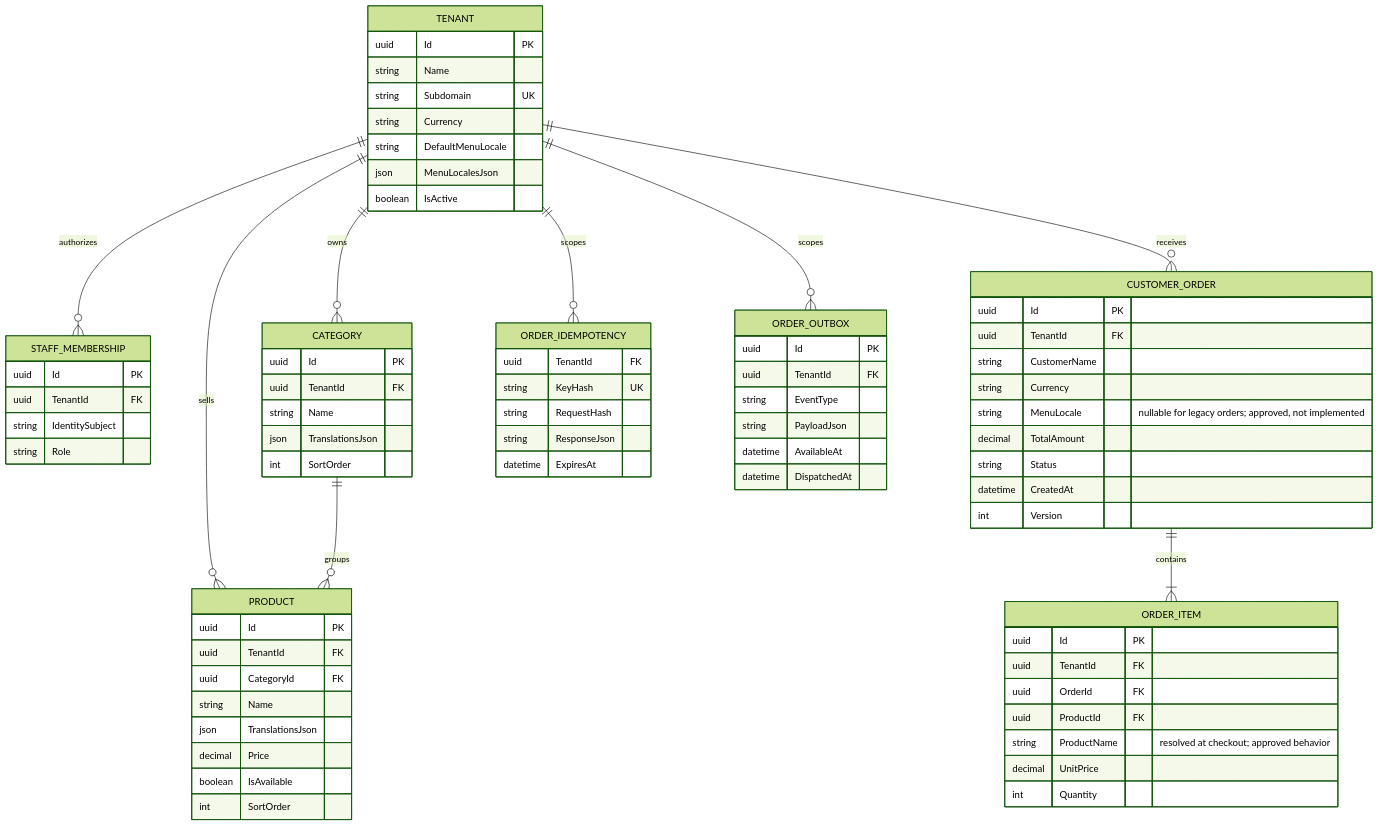
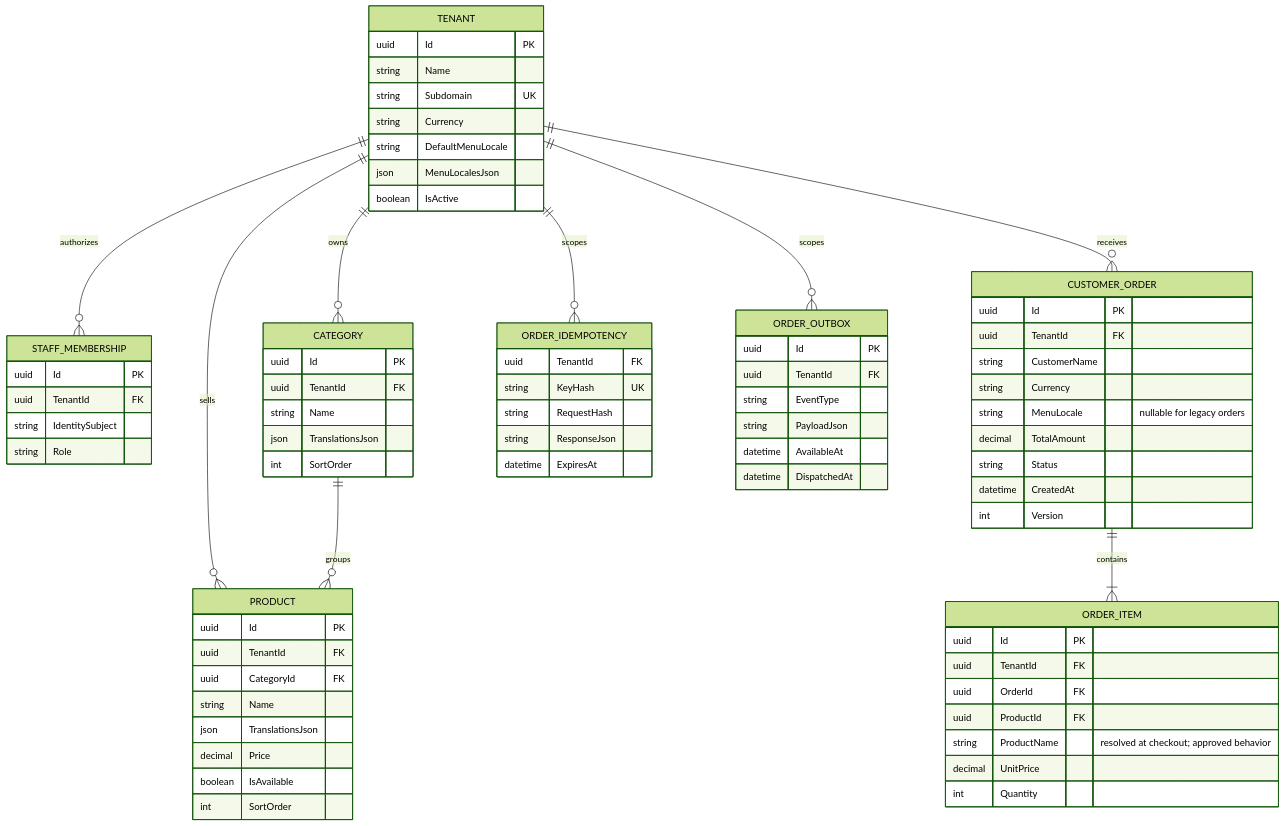
One commit to whritou/WhitePlate changed the diagram in docs/database/database-schema.md. Above: the diagram before and after it, drawn with Mermaid (forest theme). The commit also changed other lines of this file and 34 other files, not shown here.

````diff
--- a/docs/database/database-schema.md
+++ b/docs/database/database-schema.md
@@ -38,79 +38,79 @@
 ```mermaid
 erDiagram
     TENANT ||--o{ STAFF_MEMBERSHIP : authorizes
     TENANT ||--o{ CATEGORY : owns
     TENANT ||--o{ PRODUCT : sells
     TENANT ||--o{ CUSTOMER_ORDER : receives
     CATEGORY ||--o{ PRODUCT : groups
     CUSTOMER_ORDER ||--|{ ORDER_ITEM : contains
     TENANT ||--o{ ORDER_IDEMPOTENCY : scopes
     TENANT ||--o{ ORDER_OUTBOX : scopes
 
     TENANT {
         uuid Id PK
         string Name
         string Subdomain UK
         string Currency
         string DefaultMenuLocale
         json MenuLocalesJson
         boolean IsActive
     }
     STAFF_MEMBERSHIP {
         uuid Id PK
         uuid TenantId FK
         string IdentitySubject
         string Role
     }
     CATEGORY {
         uuid Id PK
         uuid TenantId FK
         string Name
         json TranslationsJson
         int SortOrder
     }
     PRODUCT {
         uuid Id PK
         uuid TenantId FK
         uuid CategoryId FK
         string Name
         json TranslationsJson
         decimal Price
         boolean IsAvailable
         int SortOrder
     }
     CUSTOMER_ORDER {
         uuid Id PK
         uuid TenantId FK
         string CustomerName
         string Currency
-        string MenuLocale "nullable for legacy orders; approved, not implemented"
+        string MenuLocale "nullable for legacy orders"
         decimal TotalAmount
         string Status
         datetime CreatedAt
         int Version
     }
     ORDER_ITEM {
         uuid Id PK
         uuid TenantId FK
         uuid OrderId FK
         uuid ProductId FK
         string ProductName "resolved at checkout; approved behavior"
         decimal UnitPrice
         int Quantity
     }
     ORDER_IDEMPOTENCY {
         uuid TenantId FK
         string KeyHash UK
         string RequestHash
         string ResponseJson
         datetime ExpiresAt
     }
     ORDER_OUTBOX {
         uuid Id PK
         uuid TenantId FK
         string EventType
         string PayloadJson
         datetime AvailableAt
         datetime DispatchedAt
     }
 ```
````
